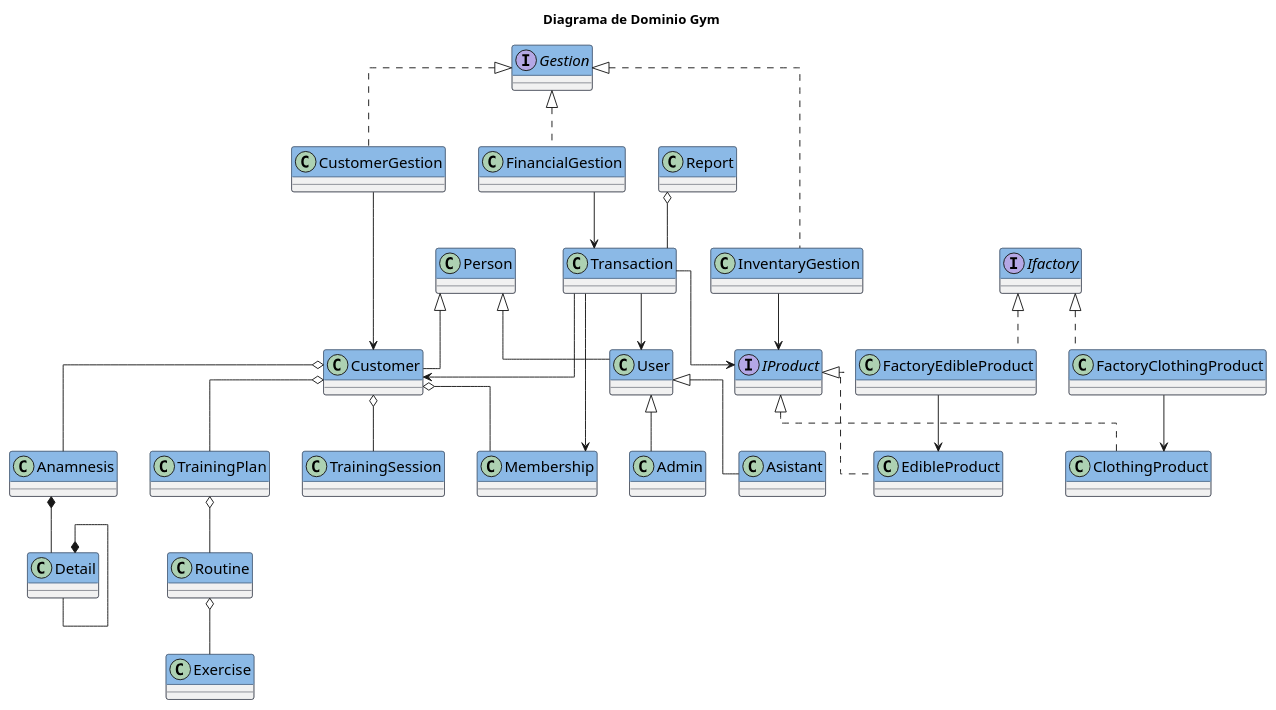
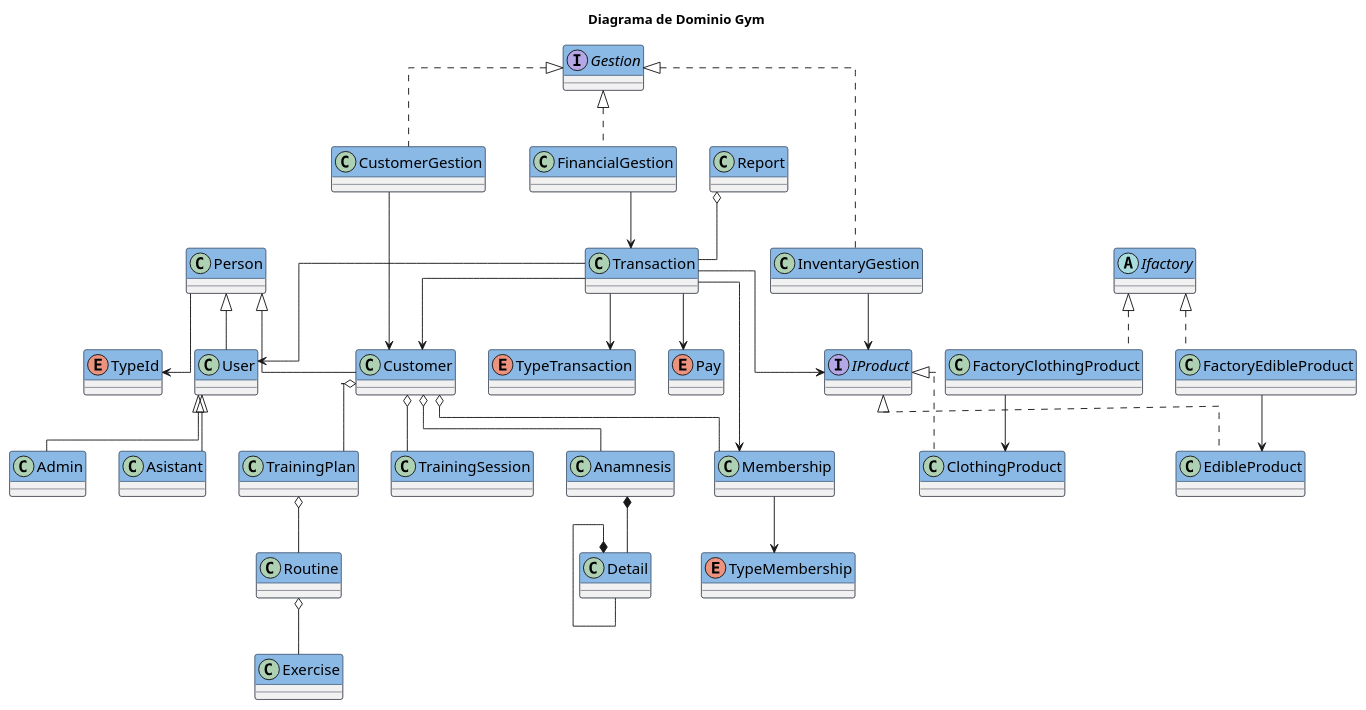
One commit to brayanfu038/GymRepository changed the diagram in modelos/dominio.puml. Above: the diagram before and after it, drawn with PlantUML. The commit also changed 1 other file, not shown here.

Commit message:
Validando enums

```diff
--- a/modelos/dominio.puml
+++ b/modelos/dominio.puml
@@ -1,121 +1,139 @@
 @startuml
 title Diagrama de Dominio Gym
 
 ' ----- CLASES ----------
 class Person{
 
 }
 class Customer{
 
 }
 class User{
 
 }
 class Anamnesis{
 
 }
 class Detail{
 
 }
 class Membership{
 
 }
 class TrainingPlan{
 
 }
 class Routine{
 
 }
 class Exercise{
 
 }
 class TrainingSession{
 
 }
 class Admin{
 
 }
 class Asistant{
 
 }
 interface IProduct{
 
 }
 class EdibleProduct{
 
 }
 class ClothingProduct{
 
 }
-' !Mejor usarla como clase abstracta
-interface Ifactory{  
+
+abstract class Ifactory{  
 }
 class FactoryEdibleProduct{
 
 }
 class FactoryClothingProduct{
 
 }
 class InventaryGestion{
 
 }
 class CustomerGestion{
 
 }
 class FinancialGestion{
 }
 interface Gestion{
 
 }
 class Transaction{
 
 }
 class Report{
 
 }
+' ----- ENUMS -------------
+enum Pay{
+
+}
+enum TypeTransaction{
+    
+}
+enum TypeId{
+
+}
+enum TypeMembership{
+
+}
+
 '------ RELACIONES ---------
 Person <|-- User
 Person <|-- Customer
 User <|-- Asistant
 User <|-- Admin
 Ifactory <|.. FactoryClothingProduct
 Ifactory <|.. FactoryEdibleProduct
 IProduct <|.. EdibleProduct
 IProduct <|.. ClothingProduct
 Gestion <|.. InventaryGestion
 Gestion <|.. CustomerGestion
 Gestion <|.. FinancialGestion
 Customer o-- Anamnesis
 Customer o-- Membership
 Customer o-- TrainingPlan
 Customer o-- TrainingSession
 TrainingPlan o-- Routine
 Report o-- Transaction
 Routine o-- Exercise
 Anamnesis *-- Detail
 Detail*-- Detail
 FactoryEdibleProduct --> EdibleProduct
 FactoryClothingProduct --> ClothingProduct
 InventaryGestion --> IProduct
 CustomerGestion --> Customer
 
 FinancialGestion --> Transaction
 Transaction --> User
 Transaction --> Customer
 Transaction --> IProduct
 Transaction --> Membership
+Transaction --> Pay
+Transaction --> TypeTransaction
+Person --> TypeId
+Membership --> TypeMembership
 
 
 
 ' Definir la apariencia general
 skinparam classAttributeIconSize 8
 skinparam classFontSize 16
 skinparam classFontName "Arial"
 skinparam classBorderColor #212837
 skinparam classHeaderFontColor #FFFFFF
 skinparam classHeaderBackgroundColor #8BB9E6
 skinparam classArrowColor #6E95C2
 skinparam linetype ortho
 
 ' k
 @enduml
```
